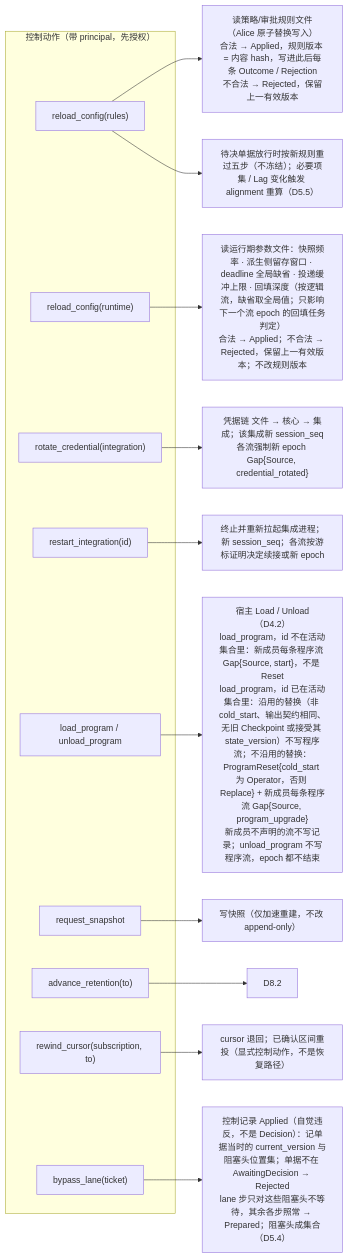
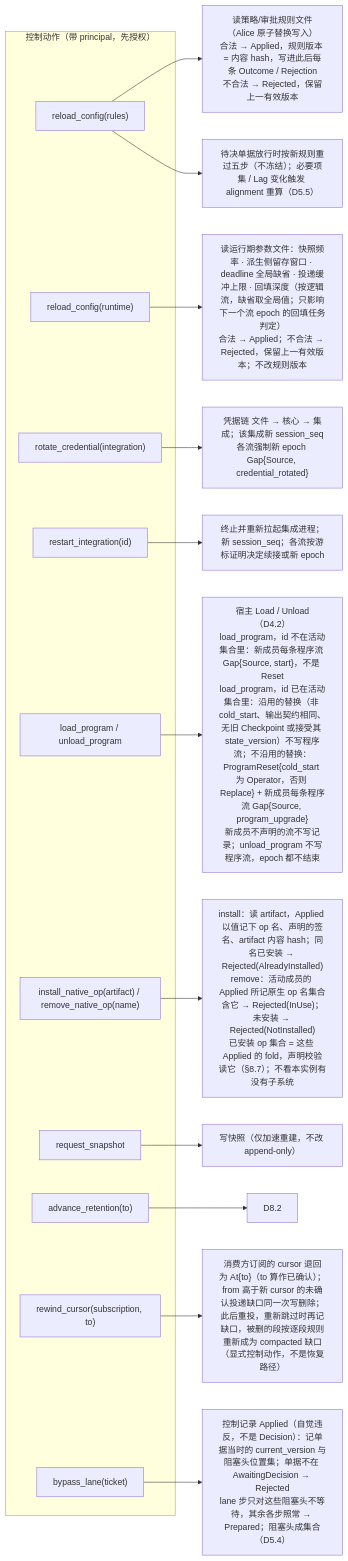
The fourth of 5 diagrams in design/diagrams/09-alice-session.md (mouriya-s-lab/uta), drawn with Mermaid before and after one commit. The commit also changed other lines of this file and 15 other files, not shown here.

````diff
--- a/design/diagrams/09-alice-session.md
+++ b/design/diagrams/09-alice-session.md
@@ -127,24 +127,26 @@
 ```mermaid
 flowchart LR
   subgraph ACT["控制动作（带 principal，先授权）"]
     A1["reload_config(rules)"]
     A1r["reload_config(runtime)"]
     A2["rotate_credential(integration)"]
     A3["restart_integration(id)"]
     A4["load_program / unload_program"]
+    A4n["install_native_op(artifact) / remove_native_op(name)"]
     A5["request_snapshot"]
     A6["advance_retention(to)"]
     A7["rewind_cursor(subscription, to)"]
     A8["bypass_lane(ticket)"]
   end
   A1 --> F1["读策略/审批规则文件（Alice 原子替换写入）<br/>合法 → Applied，规则版本 = 内容 hash，写进此后每条 Outcome / Rejection<br/>不合法 → Rejected，保留上一有效版本"]
   A1 --> F1b["待决单据放行时按新规则重过五步（不冻结）；必要项集 / Lag 变化触发 alignment 重算（D5.5）"]
   A1r --> F1c["读运行期参数文件：快照频率 · 派生侧留存窗口 · deadline 全局缺省 · 投递缓冲上限 · 回填深度（按逻辑流，缺省取全局值；只影响下一个流 epoch 的回填任务判定）<br/>合法 → Applied；不合法 → Rejected，保留上一有效版本；不改规则版本"]
   A2 --> F2["凭据链 文件 → 核心 → 集成；该集成新 session_seq<br/>各流强制新 epoch Gap{Source, credential_rotated}"]
   A3 --> F3["终止并重新拉起集成进程；新 session_seq；各流按游标证明决定续接或新 epoch"]
   A4 --> F4["宿主 Load / Unload（D4.2）<br/>load_program，id 不在活动集合里：新成员每条程序流 Gap{Source, start}，不是 Reset<br/>load_program，id 已在活动集合里：沿用的替换（非 cold_start、输出契约相同、无旧 Checkpoint 或接受其 state_version）不写程序流；不沿用的替换：ProgramReset{cold_start 为 Operator，否则 Replace} + 新成员每条程序流 Gap{Source, program_upgrade}<br/>新成员不声明的流不写记录；unload_program 不写程序流，epoch 都不结束"]
+  A4n --> F4n["install：读 artifact，Applied 以值记下 op 名、声明的签名、artifact 内容 hash；同名已安装 → Rejected(AlreadyInstalled)<br/>remove：活动成员的 Applied 所记原生 op 名集合含它 → Rejected(InUse)；未安装 → Rejected(NotInstalled)<br/>已安装 op 集合 = 这些 Applied 的 fold，声明校验读它（§8.7）；不看本实例有没有子系统"]
   A5 --> F5["写快照（仅加速重建，不改 append-only）"]
   A6 --> F6["D8.2"]
-  A7 --> F7["cursor 退回；已确认区间重投（显式控制动作，不是恢复路径）"]
+  A7 --> F7["消费方订阅的 cursor 退回为 At{to}（to 算作已确认）；from 高于新 cursor 的未确认投递缺口同一次写删除；此后重投，重新跳过时再记缺口，被删的段按逐段规则重新成为 compacted 缺口（显式控制动作，不是恢复路径）"]
   A8 --> F8["控制记录 Applied（自觉违反，不是 Decision）：记单据当时的 current_version 与阻塞头位置集；单据不在 AwaitingDecision → Rejected<br/>lane 步只对这些阻塞头不等待，其余各步照常 → Prepared；阻塞头成集合（D5.4）"]
 ```
````
